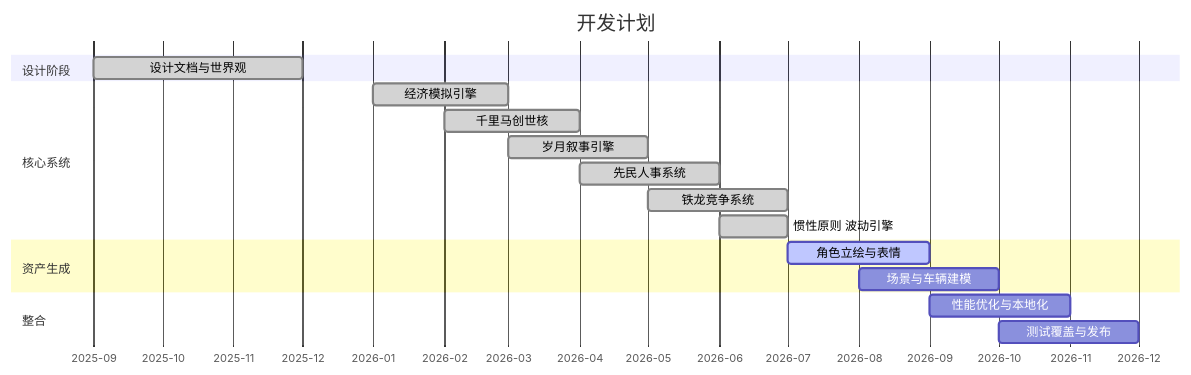
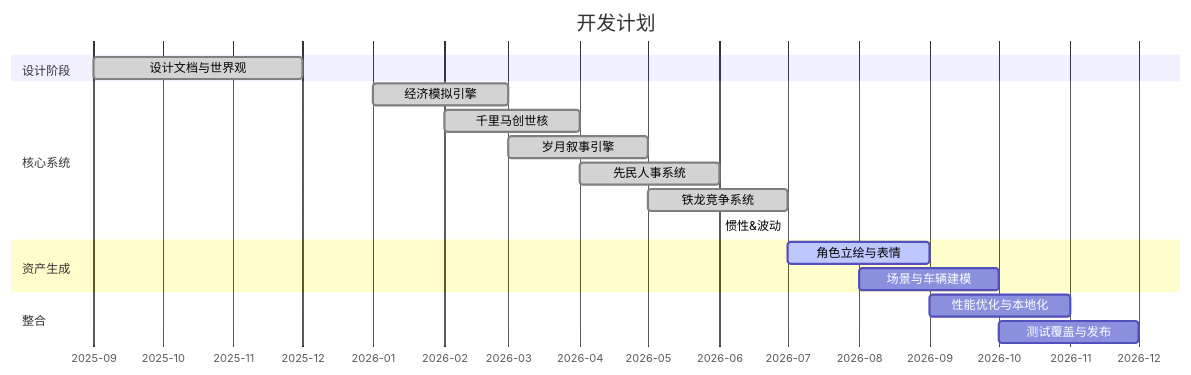
One commit to NMDX0721/RailwayRenaissance changed the seventh of 8 diagrams in README.zh-CN.md. Above: the diagram before and after it, drawn with Mermaid. The commit also changed 1 other file, not shown here.

Commit message:
docs: fix gantt bar misalignment - use full date format YYYY-MM-DD, remove special chars from label

````diff
--- a/README.zh-CN.md
+++ b/README.zh-CN.md
@@ -628,21 +628,21 @@
 ```mermaid
 gantt
     title 开发计划
     dateFormat  YYYY-MM
     axisFormat  %Y-%m
     section 设计阶段
     设计文档与世界观       :done, 2025-09, 2025-12
     section 核心系统
     经济模拟引擎           :done, 2026-01, 2026-03
     千里马创世核           :done, 2026-02, 2026-04
     岁月叙事引擎           :done, 2026-03, 2026-05
     先民人事系统           :done, 2026-04, 2026-06
     铁龙竞争系统           :done, 2026-05, 2026-07
-    惯性原则 波动引擎     :done, 2026-06, 2026-07
+    惯性&波动             :done, 2026-06-01, 2026-07-01
     section 资产生成
     角色立绘与表情         :active, 2026-07, 2026-09
     场景与车辆建模         :2026-08, 2026-10
     section 整合
     性能优化与本地化       :2026-09, 2026-11
     测试覆盖与发布         :2026-10, 2026-12
 ```
````
